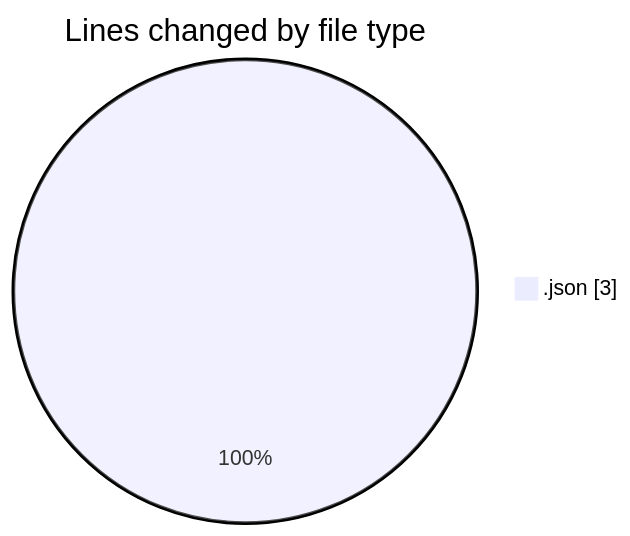
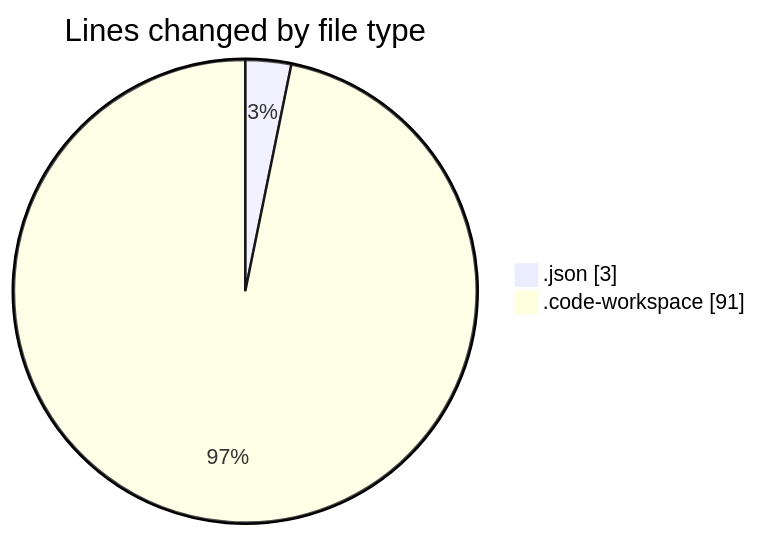
Before and after one commit to MatusMokan/code-tracking: the first of 2 diagrams in 2025-02-25/myws__workspace_/README.md, drawn with Mermaid. The commit also changed other lines of this file and 1 other file, not shown here.

````diff
--- a/2025-02-25/myws__workspace_/README.md
+++ b/2025-02-25/myws__workspace_/README.md
@@ -20,5 +21,6 @@
 ```mermaid
 pie showData
 title Lines changed by file type
 ".json" : 3
+".code-workspace" : 91
 ```
````
